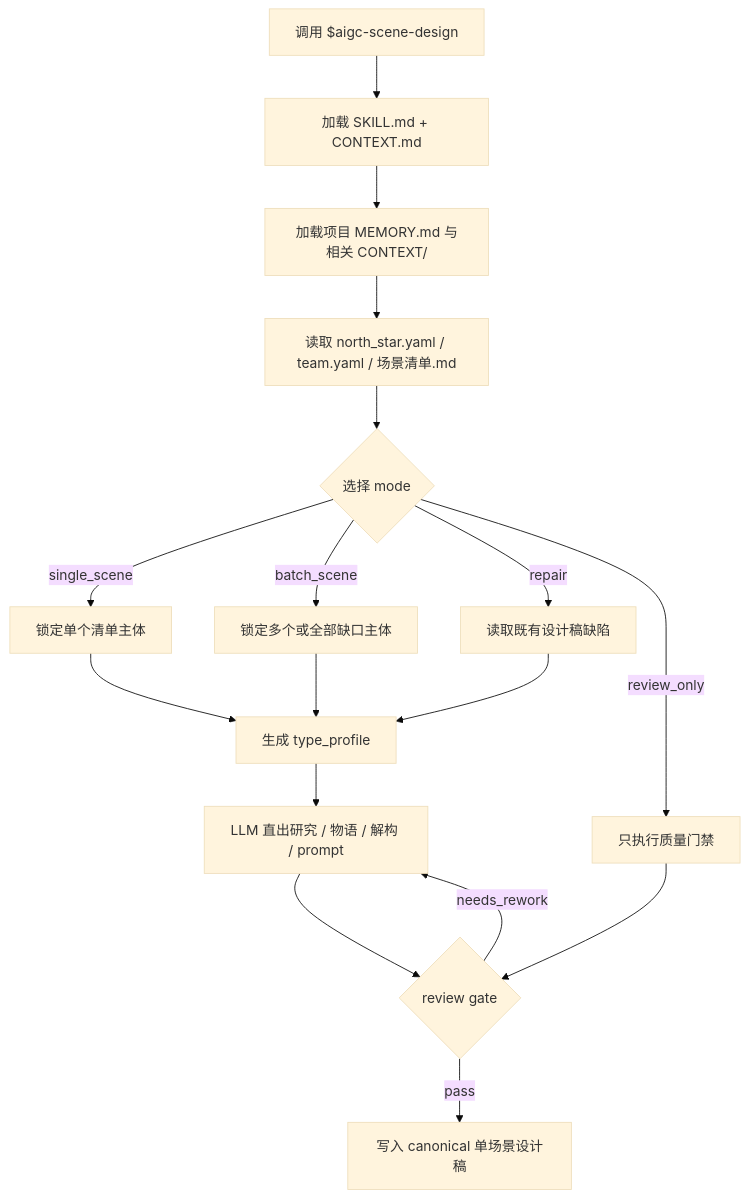
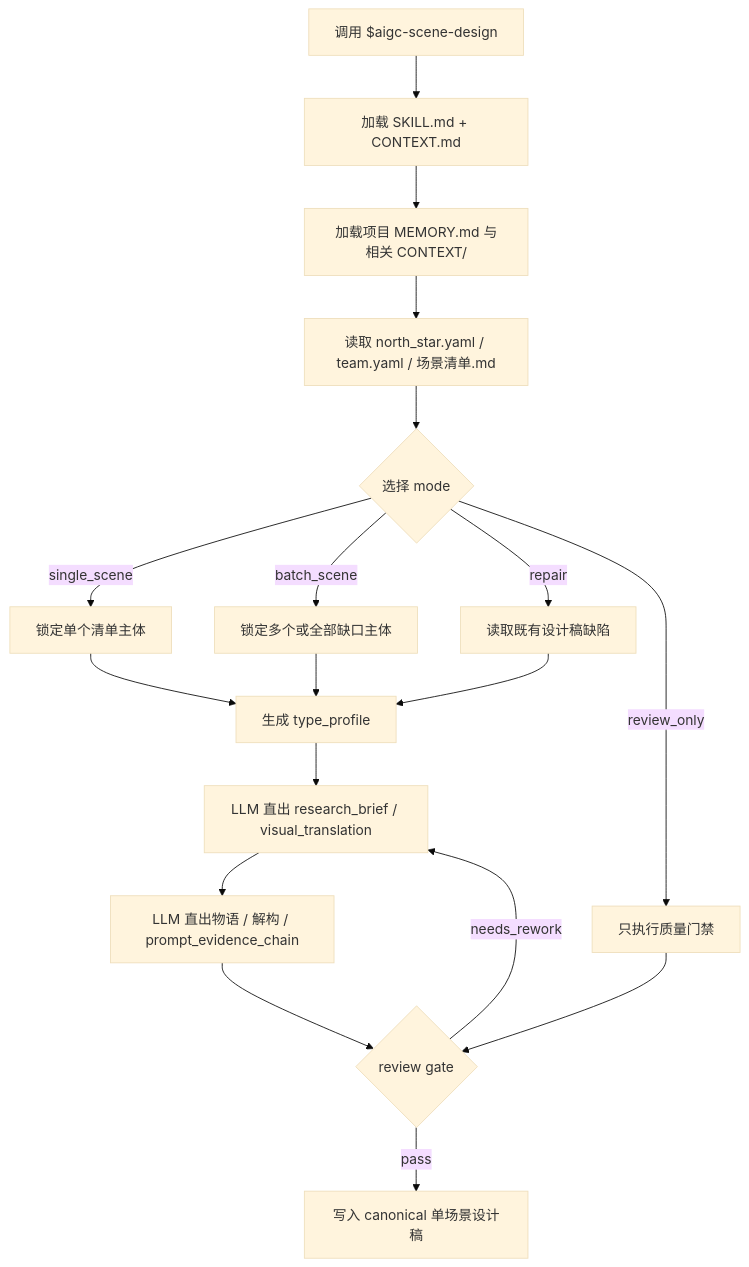
Before and after one commit to ZEN-VOID/AI-CUT: the first of 3 diagrams in .agents/skills/aigc/5-设计/场景/2-设计/SKILL.md, drawn with Mermaid (base theme). The commit also changed other lines of this file and 526 other files, not shown here.

````diff
--- a/.agents/skills/aigc/5-设计/场景/2-设计/SKILL.md
+++ b/.agents/skills/aigc/5-设计/场景/2-设计/SKILL.md
@@ -68,19 +68,20 @@
 ```mermaid
 flowchart TD
     A["调用 $aigc-scene-design"] --> B["加载 SKILL.md + CONTEXT.md"]
     B --> C["加载项目 MEMORY.md 与相关 CONTEXT/"]
     C --> D["读取 north_star.yaml / team.yaml / 场景清单.md"]
     D --> E{"选择 mode"}
     E -->|"single_scene"| F["锁定单个清单主体"]
     E -->|"batch_scene"| G["锁定多个或全部缺口主体"]
     E -->|"repair"| H["读取既有设计稿缺陷"]
     E -->|"review_only"| I["只执行质量门禁"]
     F --> J["生成 type_profile"]
     G --> J
     H --> J
-    J --> K["LLM 直出研究 / 物语 / 解构 / prompt"]
-    K --> L{"review gate"}
+    J --> K["LLM 直出 research_brief / visual_translation"]
+    K --> N["LLM 直出物语 / 解构 / prompt_evidence_chain"]
+    N --> L{"review gate"}
     I --> L
     L -->|"pass"| M["写入 canonical 单场景设计稿"]
     L -->|"needs_rework"| K
 ```
````
